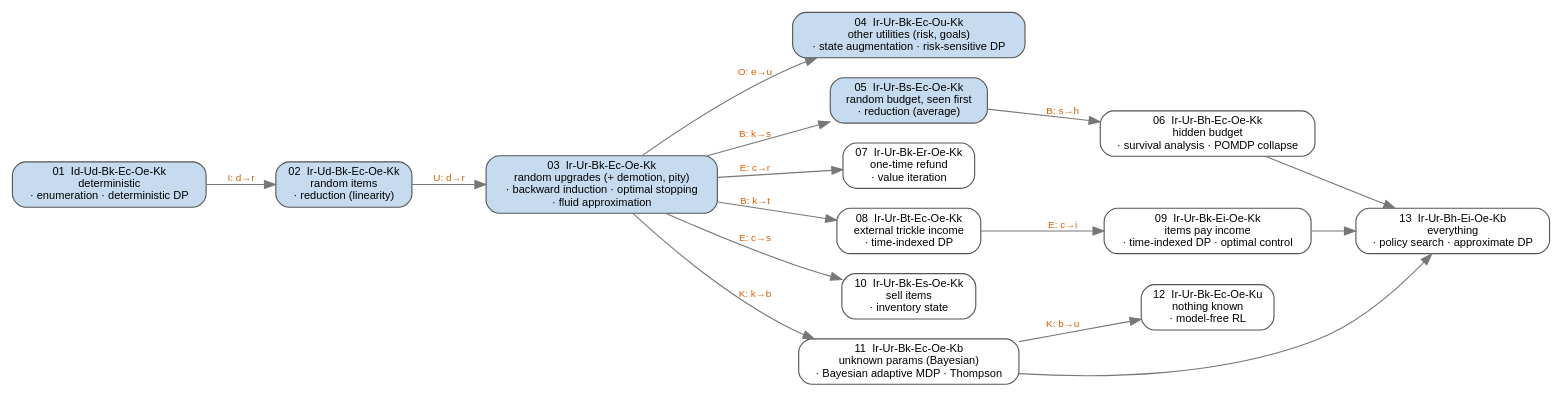
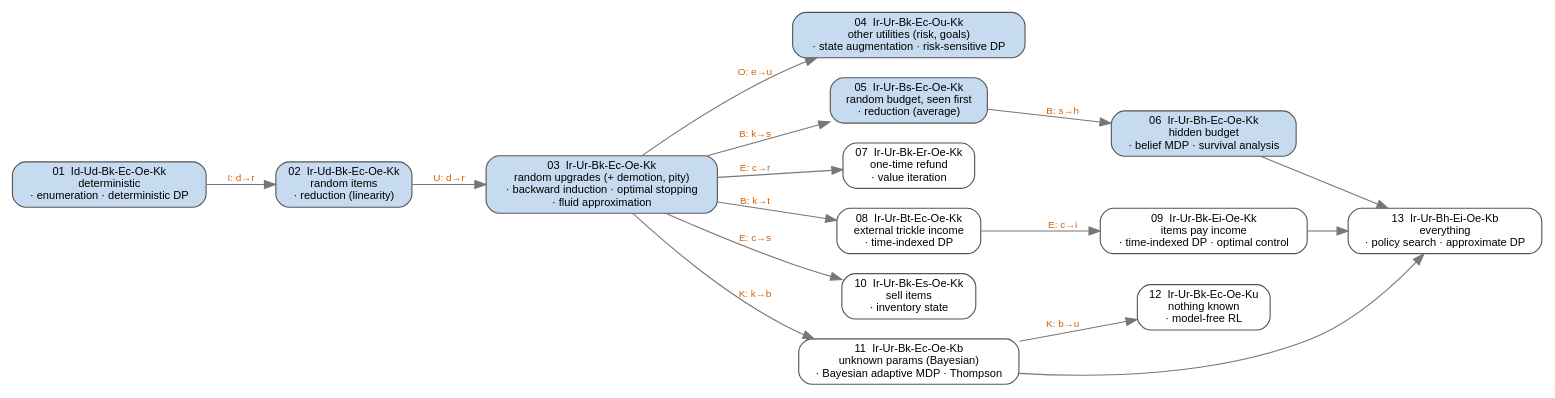
Before and after one commit to ssarkar2/notes: the diagram in probability/sequential_decision_making_under_uncertainty/figures/ladder_map.dot, drawn with Graphviz. The commit also changed 10 other files, not shown here.

First line of the commit message:
Add problem 06 (hidden budget): belief MDP, survival analysis, value of information

```diff
--- a/probability/sequential_decision_making_under_uncertainty/figures/ladder_map.dot
+++ b/probability/sequential_decision_making_under_uncertainty/figures/ladder_map.dot
@@ -1,36 +1,36 @@
 // Ladder of problems: each edge = one axis loosened. Filled = built, white = planned.
 // Build: ./build.sh
 digraph ladder {
   rankdir=LR;
   graph [fontname="Helvetica", fontsize=11, nodesep=0.25, ranksep=0.5, bgcolor="white"];
   node  [shape=box, style="rounded,filled", fontname="Helvetica", fontsize=10, fillcolor="white", color="#555555"];
   edge  [fontname="Helvetica", fontsize=9, color="#777777", fontcolor="#d95f02"];
 
   // fillcolor "#c6dbef" = built
   p01 [label="01  Id-Ud-Bk-Ec-Oe-Kk\ndeterministic\n· enumeration · deterministic DP", fillcolor="#c6dbef"];
   p02 [label="02  Ir-Ud-Bk-Ec-Oe-Kk\nrandom items\n· reduction (linearity)", fillcolor="#c6dbef"];
   p03 [label="03  Ir-Ur-Bk-Ec-Oe-Kk\nrandom upgrades (+ demotion, pity)\n· backward induction · optimal stopping\n· fluid approximation", fillcolor="#c6dbef"];
   p04 [label="04  Ir-Ur-Bk-Ec-Ou-Kk\nother utilities (risk, goals)\n· state augmentation · risk-sensitive DP", fillcolor="#c6dbef"];
   p05 [label="05  Ir-Ur-Bs-Ec-Oe-Kk\nrandom budget, seen first\n· reduction (average)", fillcolor="#c6dbef"];
-  p06 [label="06  Ir-Ur-Bh-Ec-Oe-Kk\nhidden budget\n· survival analysis · POMDP collapse"];
+  p06 [label="06  Ir-Ur-Bh-Ec-Oe-Kk\nhidden budget\n· belief MDP · survival analysis", fillcolor="#c6dbef"];
   p07 [label="07  Ir-Ur-Bk-Er-Oe-Kk\none-time refund\n· value iteration"];
   p08 [label="08  Ir-Ur-Bt-Ec-Oe-Kk\nexternal trickle income\n· time-indexed DP"];
   p09 [label="09  Ir-Ur-Bk-Ei-Oe-Kk\nitems pay income\n· time-indexed DP · optimal control"];
   p10 [label="10  Ir-Ur-Bk-Es-Oe-Kk\nsell items\n· inventory state"];
   p11 [label="11  Ir-Ur-Bk-Ec-Oe-Kb\nunknown params (Bayesian)\n· Bayesian adaptive MDP · Thompson"];
   p12 [label="12  Ir-Ur-Bk-Ec-Oe-Ku\nnothing known\n· model-free RL"];
   p13 [label="13  Ir-Ur-Bh-Ei-Oe-Kb\neverything\n· policy search · approximate DP"];
 
   p01 -> p02 [label="I: d→r"];
   p02 -> p03 [label="U: d→r"];
   p03 -> p04 [label="O: e→u"];
   p03 -> p05 [label="B: k→s"];
   p05 -> p06 [label="B: s→h"];
   p03 -> p07 [label="E: c→r"];
   p03 -> p08 [label="B: k→t"];
   p08 -> p09 [label="E: c→i"];
   p03 -> p10 [label="E: c→s"];
   p03 -> p11 [label="K: k→b"];
   p11 -> p12 [label="K: b→u"];
   p06 -> p13; p09 -> p13; p11 -> p13;
 }
```
